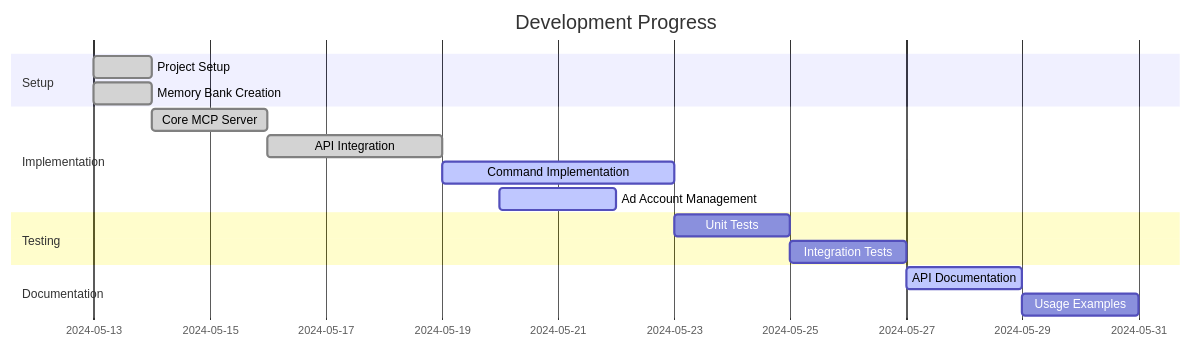
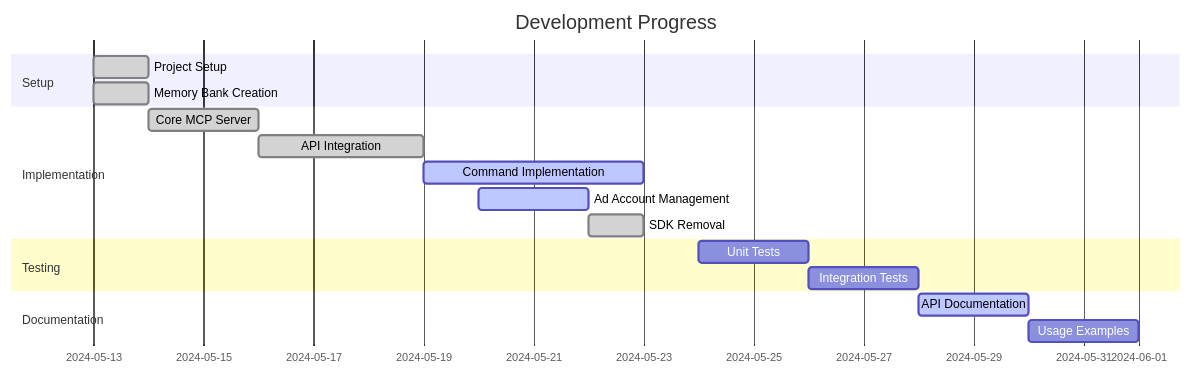
One commit to hafidsousa/meta-mcp changed the diagram in memory-bank/activeContext.md. Above: the diagram before and after it, drawn with Mermaid. The commit also changed other lines of this file and 19 other files, not shown here.

First line of the commit message:
feat: Enhance Facebook Marketing MCP Server with direct Graph API integration

````diff
--- a/memory-bank/activeContext.md
+++ b/memory-bank/activeContext.md
@@ -42,19 +55,20 @@
 ```mermaid
 gantt
     title Development Progress
     dateFormat  YYYY-MM-DD
     section Setup
     Project Setup           :done, 2024-05-13, 1d
     Memory Bank Creation    :done, 2024-05-13, 1d
     section Implementation
     Core MCP Server        :done, 2024-05-14, 2d
     API Integration        :done, 2024-05-16, 3d
     Command Implementation :active, 2024-05-19, 4d
     Ad Account Management  :active, 2024-05-20, 2d
+    SDK Removal            :done, 2024-05-22, 1d
     section Testing
-    Unit Tests            :2024-05-23, 2d
-    Integration Tests     :2024-05-25, 2d
+    Unit Tests            :2024-05-24, 2d
+    Integration Tests     :2024-05-26, 2d
     section Documentation
-    API Documentation     :active, 2024-05-27, 2d
-    Usage Examples        :2024-05-29, 2d
+    API Documentation     :active, 2024-05-28, 2d
+    Usage Examples        :2024-05-30, 2d
 ```
````
